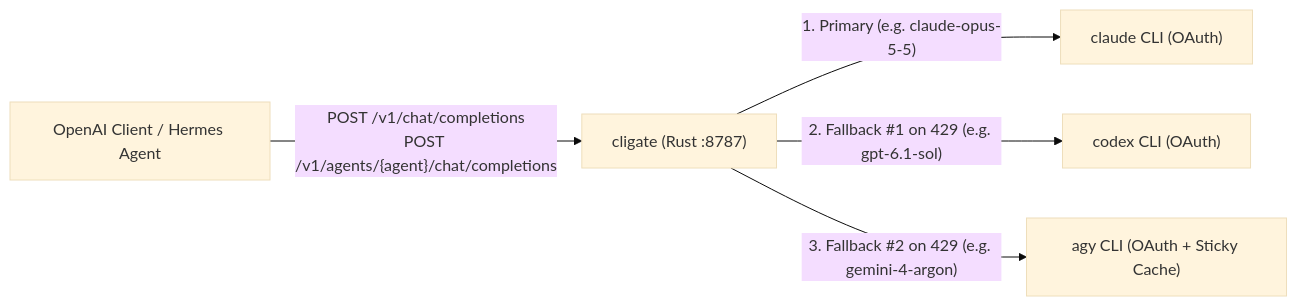
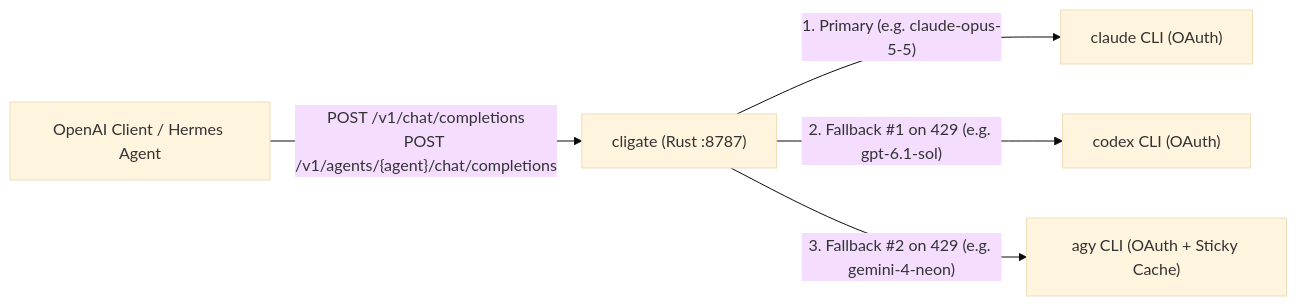
Before and after one commit to YudaAdiPratama/cligate: the diagram in README.md, drawn with Mermaid (base theme). The commit also changed other lines of this file and 5 other files, not shown here.

Commit message:
Switch default and AGY fallback to gemini-4-neon and remember TUI model/effort prefs

````diff
--- a/README.md
+++ b/README.md
@@ -18,7 +18,7 @@
 ```mermaid
 flowchart LR
     Client["OpenAI Client / Hermes Agent"] -->|"POST /v1/chat/completions\nPOST /v1/agents/{agent}/chat/completions"| Cligate["cligate (Rust :8787)"]
     Cligate -->|"1. Primary (e.g. claude-opus-5-5)"| Claude["claude CLI (OAuth)"]
     Cligate -->|"2. Fallback #1 on 429 (e.g. gpt-6.1-sol)"| Codex["codex CLI (OAuth)"]
-    Cligate -->|"3. Fallback #2 on 429 (e.g. gemini-4-argon)"| Agy["agy CLI (OAuth + Sticky Cache)"]
+    Cligate -->|"3. Fallback #2 on 429 (e.g. gemini-4-neon)"| Agy["agy CLI (OAuth + Sticky Cache)"]
 ```
````
